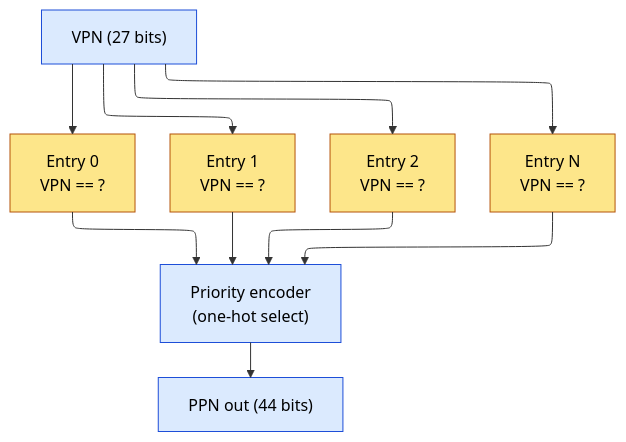
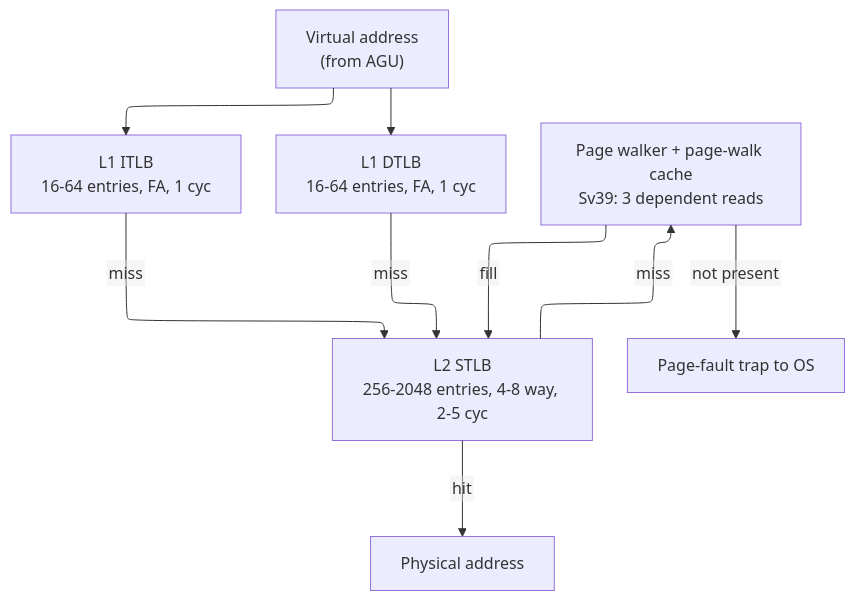
Before and after one commit to Wty2003328/silicon-design-notebook: the first of 2 diagrams in 01_Architecture_and_PPA/08_TLB_and_Virtual_Memory.md, drawn with Mermaid. The commit also changed other lines of this file and 26 other files, not shown here.

Commit message:
Concept-first hard rework checkpoint: Architecture, Fundamentals, Power folders complete (~25 pages reworked)

````diff
--- a/01_Architecture_and_PPA/08_TLB_and_Virtual_Memory.md
+++ b/01_Architecture_and_PPA/08_TLB_and_Virtual_Memory.md
@@ -145,17 +88,13 @@
 ```mermaid
 %%{init: {"flowchart": {"defaultRenderer": "elk", "nodeSpacing": 60, "rankSpacing": 60, "htmlLabels": false}}}%%
 flowchart TD
-    VPN["VPN (27 bits)"] --> E0["Entry 0<br/>VPN == ?"]
-    VPN --> E1["Entry 1<br/>VPN == ?"]
-    VPN --> E2["Entry 2<br/>VPN == ?"]
-    VPN --> EN["Entry N<br/>VPN == ?"]
-    E0 --> PE["Priority encoder<br/>(one-hot select)"]
-    E1 --> PE
-    E2 --> PE
-    EN --> PE
-    PE --> PPN["PPN out (44 bits)"]
-    classDef v fill:#dbeafe,stroke:#1d4ed8,color:#000
-    classDef e fill:#fde68a,stroke:#b45309,color:#000
-    class E0,E1,E2,EN e
-    class VPN,PE,PPN v
+    VA["Virtual address\n(from AGU)"]
+    VA --> L1I["L1 ITLB\n16-64 entries, FA, 1 cyc"]
+    VA --> L1D["L1 DTLB\n16-64 entries, FA, 1 cyc"]
+    L1I -->|miss| STLB["L2 STLB\n256-2048 entries, 4-8 way, 2-5 cyc"]
+    L1D -->|miss| STLB
+    STLB -->|hit| PA["Physical address"]
+    STLB -->|miss| PW["Page walker + page-walk cache\nSv39: 3 dependent reads"]
+    PW -->|fill| STLB
+    PW -->|not present| PF["Page-fault trap to OS"]
 ```
````
